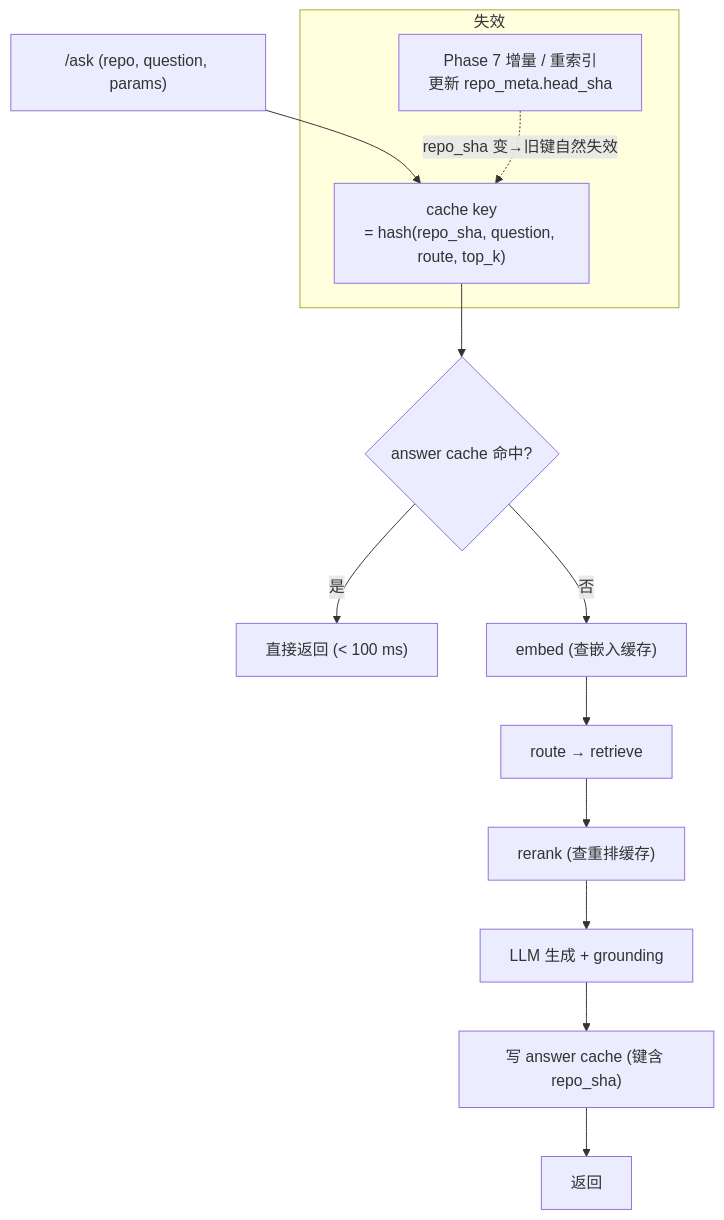
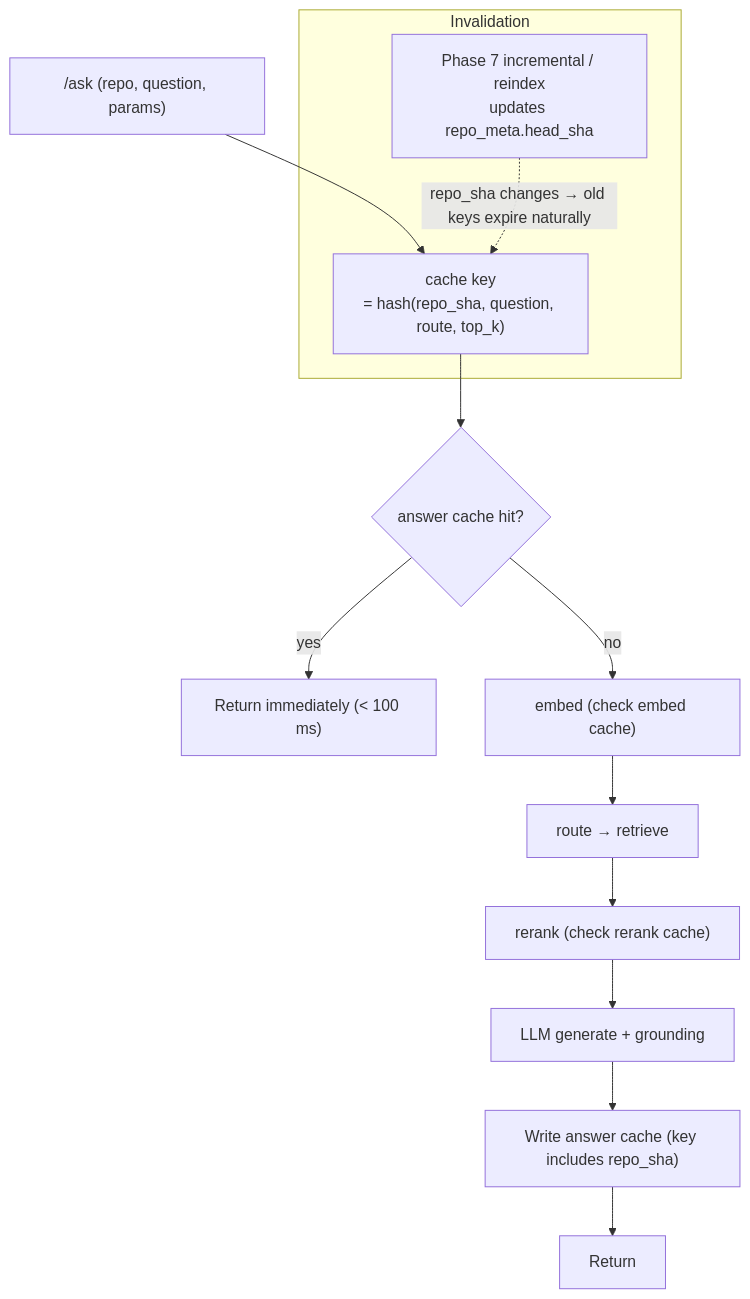
One commit to AndyUneducated/repo-sage changed the first of 4 diagrams in docs/plans/phase-9-latency.md. Above: the diagram before and after it, drawn with Mermaid. The commit also changed other lines of this file and 14 other files, not shown here.

````diff
--- a/docs/plans/phase-9-latency.md
+++ b/docs/plans/phase-9-latency.md
@@ -68,15 +68,15 @@
 ```mermaid
 flowchart TB
   Q["/ask (repo, question, params)"] --> K["cache key<br/>= hash(repo_sha, question, route, top_k)"]
-  K --> HIT{"answer cache 命中?"}
-  HIT -- 是 --> RET["直接返回 (< 100 ms)"]
-  HIT -- 否 --> EMB["embed (查嵌入缓存)"]
+  K --> HIT{"answer cache hit?"}
+  HIT -- yes --> RET["Return immediately (< 100 ms)"]
+  HIT -- no --> EMB["embed (check embed cache)"]
   EMB --> RETR["route → retrieve"]
-  RETR --> RR["rerank (查重排缓存)"]
-  RR --> LLM["LLM 生成 + grounding"]
-  LLM --> STORE["写 answer cache (键含 repo_sha)"]
-  STORE --> RET2["返回"]
-  subgraph Invalidate["失效"]
-    IDX["Phase 7 增量 / 重索引<br/>更新 repo_meta.head_sha"] -.->|"repo_sha 变→旧键自然失效"| K
+  RETR --> RR["rerank (check rerank cache)"]
+  RR --> LLM["LLM generate + grounding"]
+  LLM --> STORE["Write answer cache (key includes repo_sha)"]
+  STORE --> RET2["Return"]
+  subgraph Invalidate["Invalidation"]
+    IDX["Phase 7 incremental / reindex<br/>updates repo_meta.head_sha"] -.->|"repo_sha changes → old keys expire naturally"| K
   end
 ```
````
